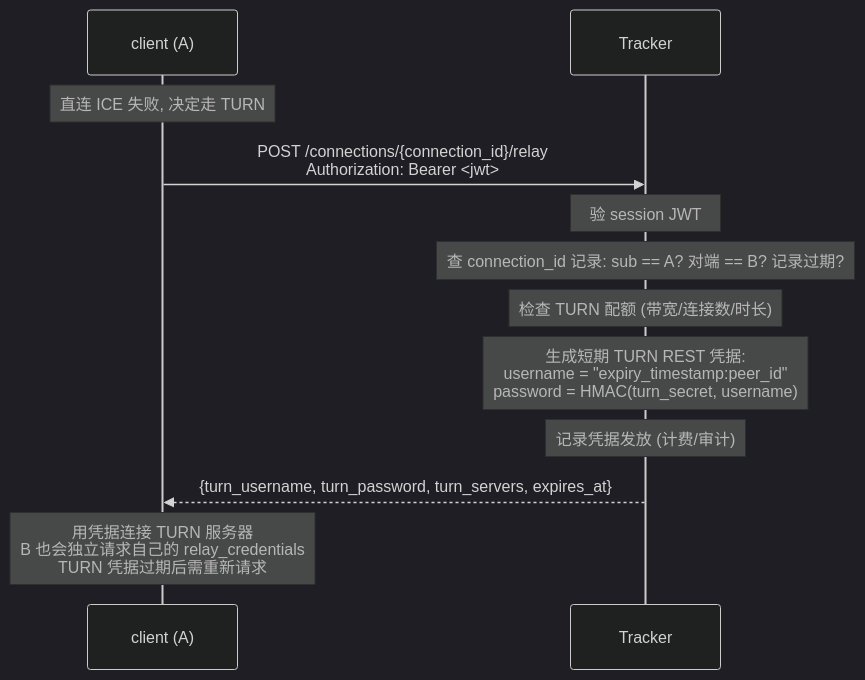
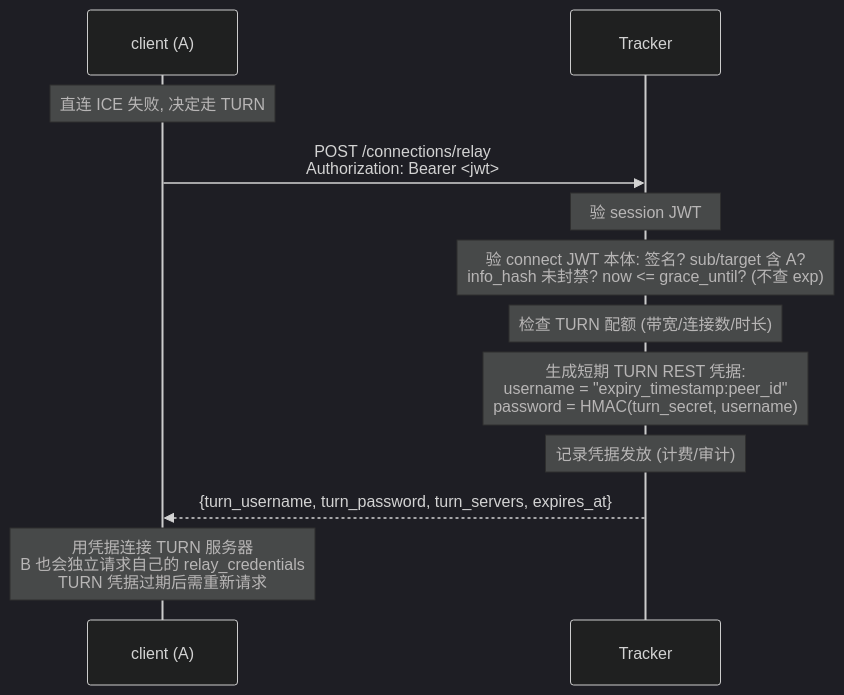
The seventh of 15 diagrams in docs/design/p2p-technical.md (mivinci/p2p), drawn with Mermaid (dark theme) before and after one commit. The commit also changed other lines of this file and 1 other file, not shown here.

````diff
--- a/docs/design/p2p-technical.md
+++ b/docs/design/p2p-technical.md
@@ -644,15 +692,15 @@
 ```mermaid
 sequenceDiagram
     participant A as client (A)
     participant T as Tracker
 
     Note over A: 直连 ICE 失败, 决定走 TURN
-    A->>T: POST /connections/{connection_id}/relay<br/>Authorization: Bearer <jwt>
+    A->>T: POST /connections/relay<br/>Authorization: Bearer <jwt>
     Note over T: 验 session JWT
-    Note over T: 查 connection_id 记录: sub == A? 对端 == B? 记录过期?
+    Note over T: 验 connect JWT 本体: 签名? sub/target 含 A?<br/>info_hash 未封禁? now <= grace_until? (不查 exp)
     Note over T: 检查 TURN 配额 (带宽/连接数/时长)
     Note over T: 生成短期 TURN REST 凭据:<br/>username = "expiry_timestamp:peer_id"<br/>password = HMAC(turn_secret, username)
     Note over T: 记录凭据发放 (计费/审计)
     T-->>A: {turn_username, turn_password, turn_servers, expires_at}
     Note over A: 用凭据连接 TURN 服务器<br/>B 也会独立请求自己的 relay_credentials<br/>TURN 凭据过期后需重新请求
 ```
````
